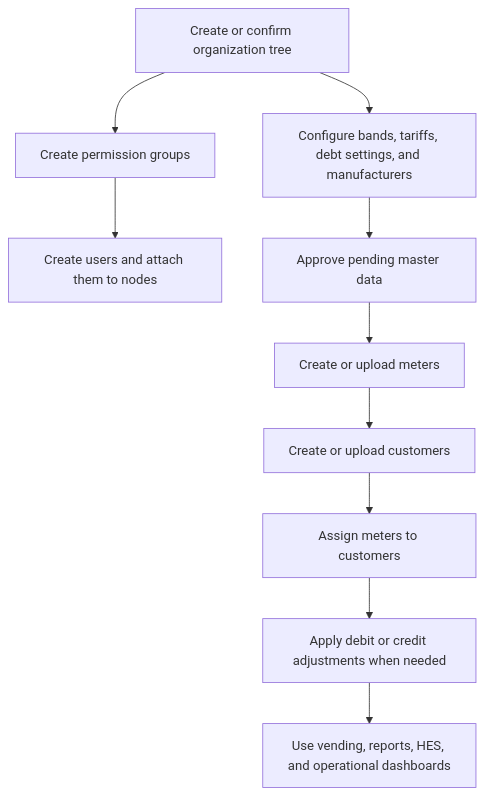
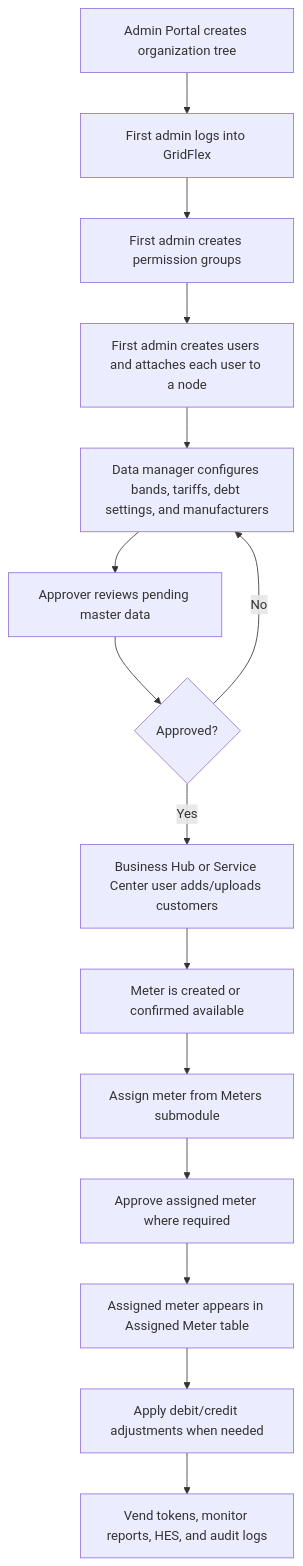
One commit to memmcolapps/gridflex-frontend changed the second of 11 diagrams in docs/project-onboarding-guide.md. Above: the diagram before and after it, drawn with Mermaid. The commit also changed other lines of this file, not shown here.

Commit message:
feat: enhance onboarding guide with detailed diagrams and updated workflows

````diff
--- a/docs/project-onboarding-guide.md
+++ b/docs/project-onboarding-guide.md
@@ -19,12 +54,17 @@
 ```mermaid
 flowchart TD
-  A["Create or confirm organization tree"] --> B["Create permission groups"]
-  B --> C["Create users and attach them to nodes"]
-  A --> D["Configure bands, tariffs, debt settings, and manufacturers"]
-  D --> E["Approve pending master data"]
-  E --> F["Create or upload meters"]
-  F --> G["Create or upload customers"]
-  G --> H["Assign meters to customers"]
-  H --> I["Apply debit or credit adjustments when needed"]
-  I --> J["Use vending, reports, HES, and operational dashboards"]
+  A["Admin Portal creates organization tree"] --> B["First admin logs into GridFlex"]
+  B --> C["First admin creates permission groups"]
+  C --> D["First admin creates users and attaches each user to a node"]
+  D --> E["Data manager configures bands, tariffs, debt settings, and manufacturers"]
+  E --> F["Approver reviews pending master data"]
+  F --> G{"Approved?"}
+  G -->|Yes| H["Business Hub or Service Center user adds/uploads customers"]
+  G -->|No| E
+  H --> I["Meter is created or confirmed available"]
+  I --> J["Assign meter from Meters submodule"]
+  J --> K["Approve assigned meter where required"]
+  K --> L["Assigned meter appears in Assigned Meter table"]
+  L --> M["Apply debit/credit adjustments when needed"]
+  M --> N["Vend tokens, monitor reports, HES, and audit logs"]
 ```
````
